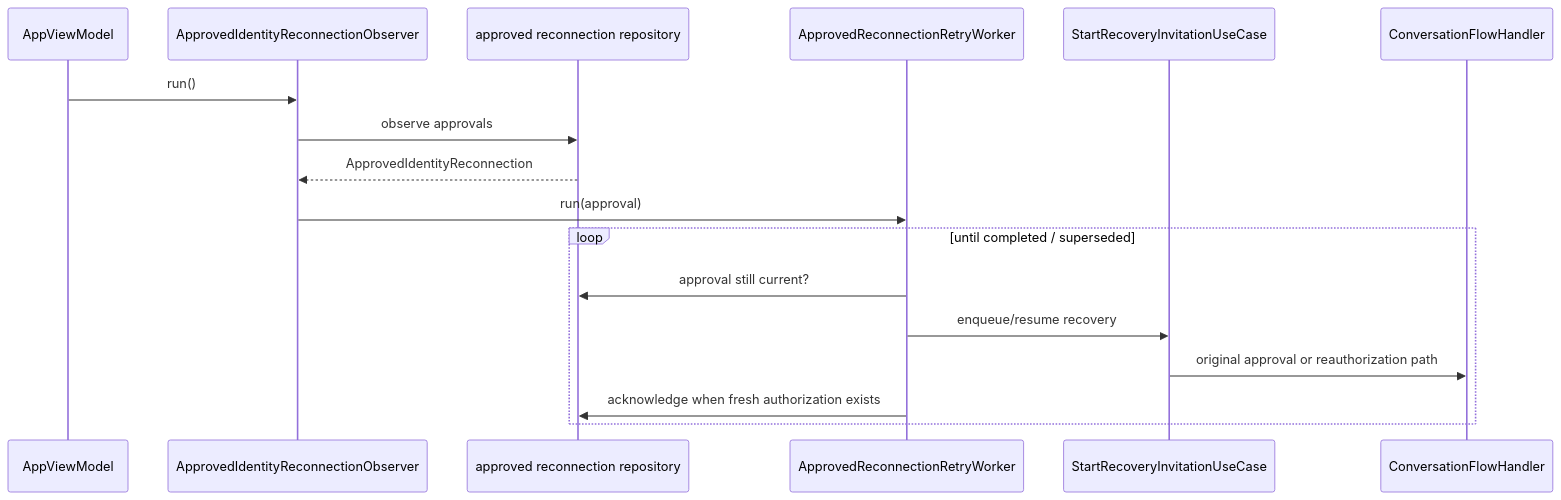
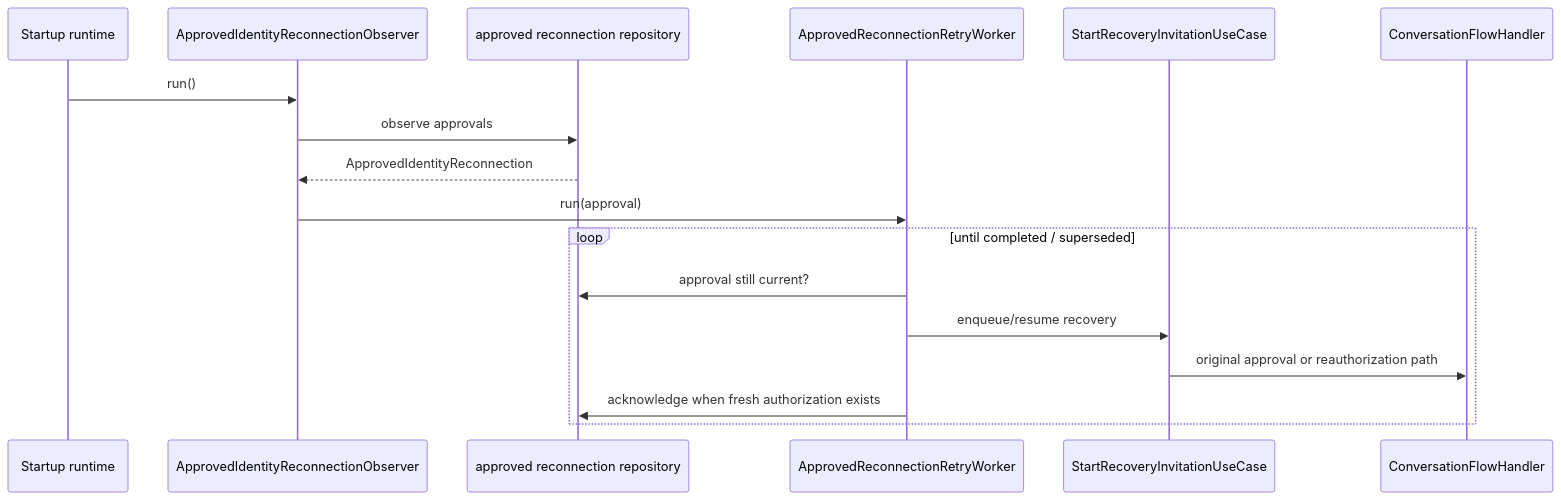
Before and after one commit to cbgm/Sparrow: the third of 3 diagrams in docs/features/identity-recovery.md, drawn with Mermaid. The commit also changed other lines of this file and 92 other files, not shown here.

````diff
--- a/docs/features/identity-recovery.md
+++ b/docs/features/identity-recovery.md
@@ -126,20 +126,20 @@
 ```mermaid
 sequenceDiagram
-    participant APP as AppViewModel
+    participant APP as Startup runtime
     participant OBS as ApprovedIdentityReconnectionObserver
     participant DB as approved reconnection repository
     participant WORK as ApprovedReconnectionRetryWorker
     participant START as StartRecoveryInvitationUseCase
     participant FLOW as ConversationFlowHandler
 
     APP->>OBS: run()
     OBS->>DB: observe approvals
     DB-->>OBS: ApprovedIdentityReconnection
     OBS->>WORK: run(approval)
     loop until completed / superseded
         WORK->>DB: approval still current?
         WORK->>START: enqueue/resume recovery
         START->>FLOW: original approval or reauthorization path
         WORK->>DB: acknowledge when fresh authorization exists
     end
 ```
````
